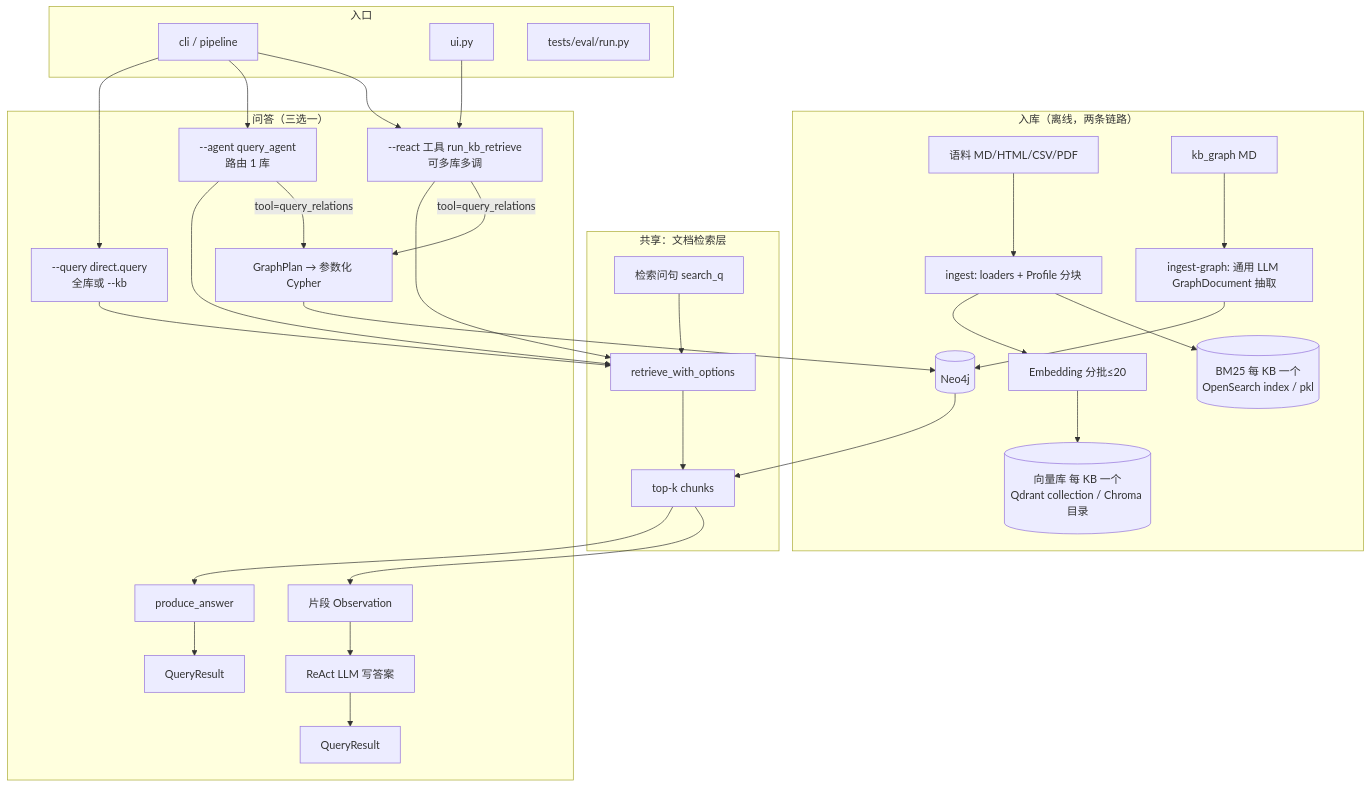
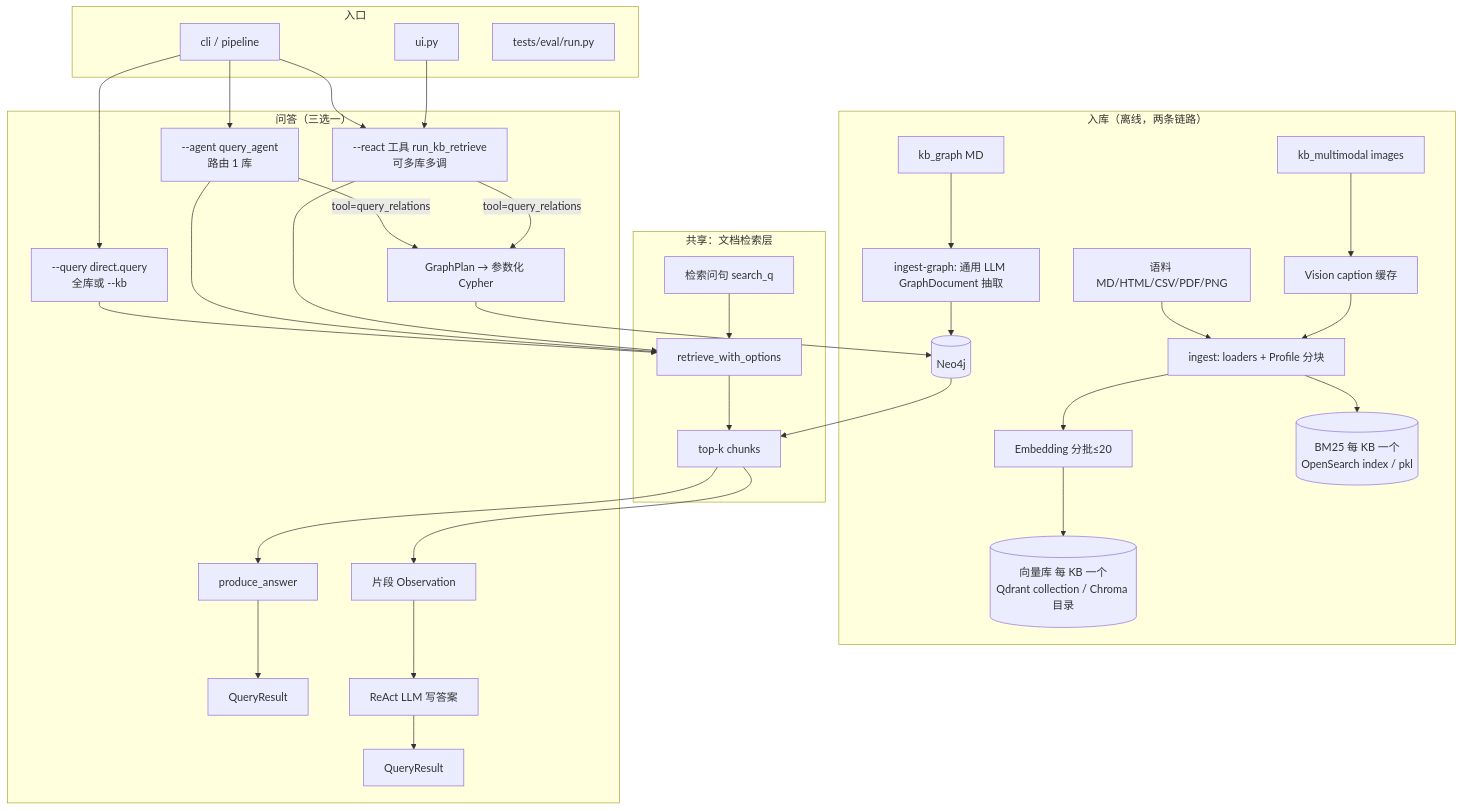
The diagram in docs/architecture.md (Issho-lin/rag-knowledge-assistant), drawn with Mermaid before and after one commit. The commit also changed other lines of this file and 32 other files, not shown here.

First line of the commit message:
第 12 周：图像 VLM caption 多模态 KB 与 CRAG Profile 钩子。

````diff
--- a/docs/architecture.md
+++ b/docs/architecture.md
@@ -35,40 +35,42 @@
 ```mermaid
 flowchart TB
     subgraph ingest["入库（离线，两条链路）"]
-        A1[语料 MD/HTML/CSV/PDF] --> A2[ingest: loaders + Profile 分块]
+        A1[语料 MD/HTML/CSV/PDF/PNG] --> A2[ingest: loaders + Profile 分块]
         A2 --> A3[Embedding 分批≤20]
         A3 --> A4[("向量库 每 KB 一个<br/>Qdrant collection / Chroma 目录")]
         A2 --> A5[("BM25 每 KB 一个<br/>OpenSearch index / pkl")]
+        IMG[kb_multimodal images] --> VLM[Vision caption 缓存]
+        VLM --> A2
         G1[kb_graph MD] --> G2[ingest-graph: 通用 LLM GraphDocument 抽取]
         G2 --> G3[(Neo4j)]
     end
 
     subgraph shared["共享：文档检索层"]
         SQ[检索问句 search_q] --> RET[retrieve_with_options]
         RET --> OUTC[top-k chunks]
     end
 
     subgraph modes["问答（三选一）"]
         M1["--query direct.query<br/>全库或 --kb"] --> RET
         M2["--agent query_agent<br/>路由 1 库"] --> RET
         M3["--react 工具 run_kb_retrieve<br/>可多库多调"] --> RET
         M2 -->|"tool=query_relations"| GQ["GraphPlan → 参数化 Cypher"]
         M3 -->|"tool=query_relations"| GQ
         GQ --> G3
         G3 --> OUTC
         OUTC --> PA[produce_answer]
         PA --> QR1[QueryResult]
         OUTC --> OBS[片段 Observation]
         OBS --> AG[ReAct LLM 写答案]
         AG --> QR2[QueryResult]
     end
 
     subgraph surface["入口"]
         CLI["cli / pipeline"]
         UI[ui.py]
         EV[tests/eval/run.py]
     end
 
     CLI --> M1 & M2 & M3
     UI --> M3
 ```
````
